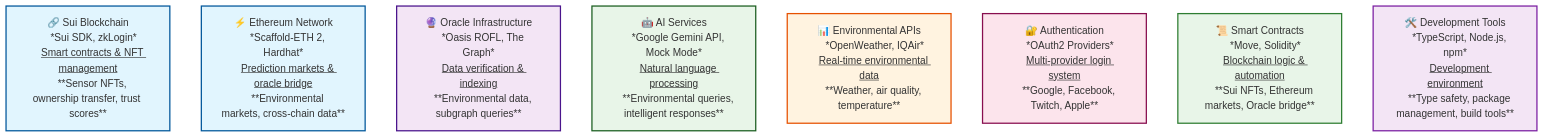
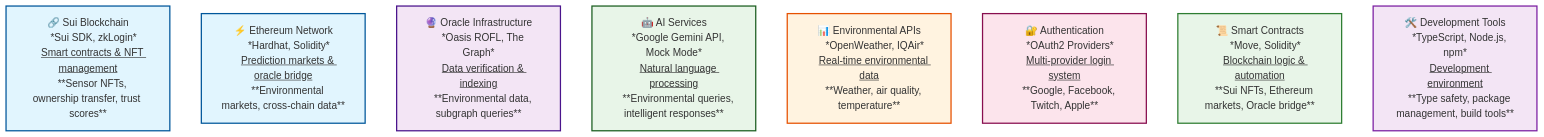
Before and after one commit to ryanlau1220/DevMatch-EcoChain: the second of 2 diagrams in README.md, drawn with Mermaid. The commit also changed other lines of this file and 1 other file, not shown here.

````diff
--- a/README.md
+++ b/README.md
@@ -106,71 +107,71 @@
 ```mermaid
 ---
 config:
   layout: dagre
 ---
 flowchart TD
 
     %% Blockchain Integration
     SUI[🔗 Sui Blockchain
     *Sui SDK, zkLogin*
     <u>Smart contracts & NFT management</u>
     **Sensor NFTs, ownership transfer, trust scores**]
 
     ETHEREUM[⚡ Ethereum Network
-    *Scaffold-ETH 2, Hardhat*
+    *Hardhat, Solidity*
     <u>Prediction markets & oracle bridge</u>
     **Environmental markets, cross-chain data**]
 
     %% Oracle & Data
     ORACLE[🔮 Oracle Infrastructure
     *Oasis ROFL, The Graph*
     <u>Data verification & indexing</u>
     **Environmental data, subgraph queries**]
 
     %% AI Integration
     AI[🤖 AI Services
     *Google Gemini API, Mock Mode*
     <u>Natural language processing</u>
     **Environmental queries, intelligent responses**]
 
     %% Data Sources
     DATA[📊 Environmental APIs
     *OpenWeather, IQAir*
     <u>Real-time environmental data</u>
     **Weather, air quality, temperature**]
 
     %% Authentication
     OAUTH[🔐 Authentication
     *OAuth2 Providers*
     <u>Multi-provider login system</u>
     **Google, Facebook, Twitch, Apple**]
 
     %% Smart Contracts
     CONTRACTS[📜 Smart Contracts
     *Move, Solidity*
     <u>Blockchain logic & automation</u>
     **Sui NFTs, Ethereum markets, Oracle bridge**]
 
     %% Development Tools
     DEVTOOLS[🛠️ Development Tools
     *TypeScript, Node.js, npm*
     <u>Development environment</u>
     **Type safety, package management, build tools**]
 
     %% Styling
     classDef blockchain fill:#e1f5fe,stroke:#01579b,stroke-width:2px
     classDef oracle fill:#f3e5f5,stroke:#4a148c,stroke-width:2px
     classDef ai fill:#e8f5e8,stroke:#1b5e20,stroke-width:2px
     classDef data fill:#fff3e0,stroke:#e65100,stroke-width:2px
     classDef auth fill:#fce4ec,stroke:#880e4f,stroke-width:2px
     classDef contracts fill:#e8f5e8,stroke:#2e7d32,stroke-width:2px
     classDef tools fill:#f3e5f5,stroke:#7b1fa2,stroke-width:2px
 
     class SUI,ETHEREUM blockchain
     class ORACLE oracle
     class AI ai
     class DATA data
     class OAUTH auth
     class CONTRACTS contracts
     class DEVTOOLS tools
 ```
````
